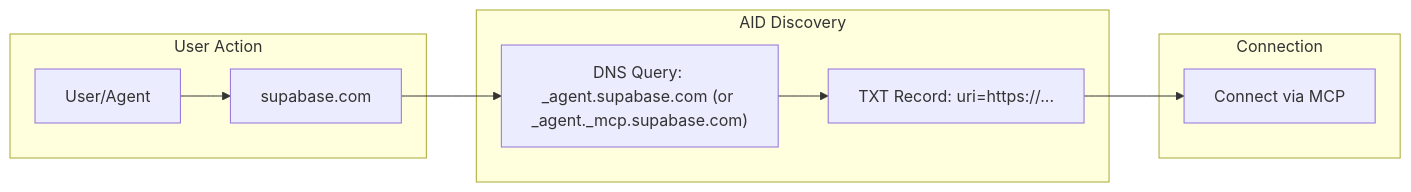
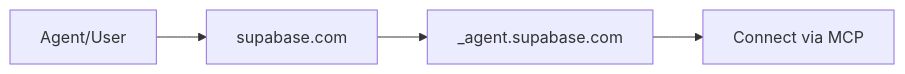
Before and after one commit to agentcommunity/agent-interface-discovery: the diagram in packages/docs/index.md, drawn with Mermaid. The commit also changed other lines of this file and 3 other files, not shown here.

````diff
--- a/packages/docs/index.md
+++ b/packages/docs/index.md
@@ -29,13 +50,4 @@
 ```mermaid
 flowchart LR
-    subgraph User Action
-        User["User/Agent"] --> Domain["supabase.com"];
-    end
-    subgraph AID Discovery
-        Domain --> DNS["DNS Query: _agent.supabase.com (or _agent._mcp.supabase.com)"];
-        DNS --> Endpoint["TXT Record: uri=https://..."];
-    end
-    subgraph Connection
-        Endpoint --> MCP["Connect via MCP"];
-    end
+    A[Agent/User] --> B[supabase.com] --> C[_agent.supabase.com] --> D[Connect via MCP]
 ```
````
